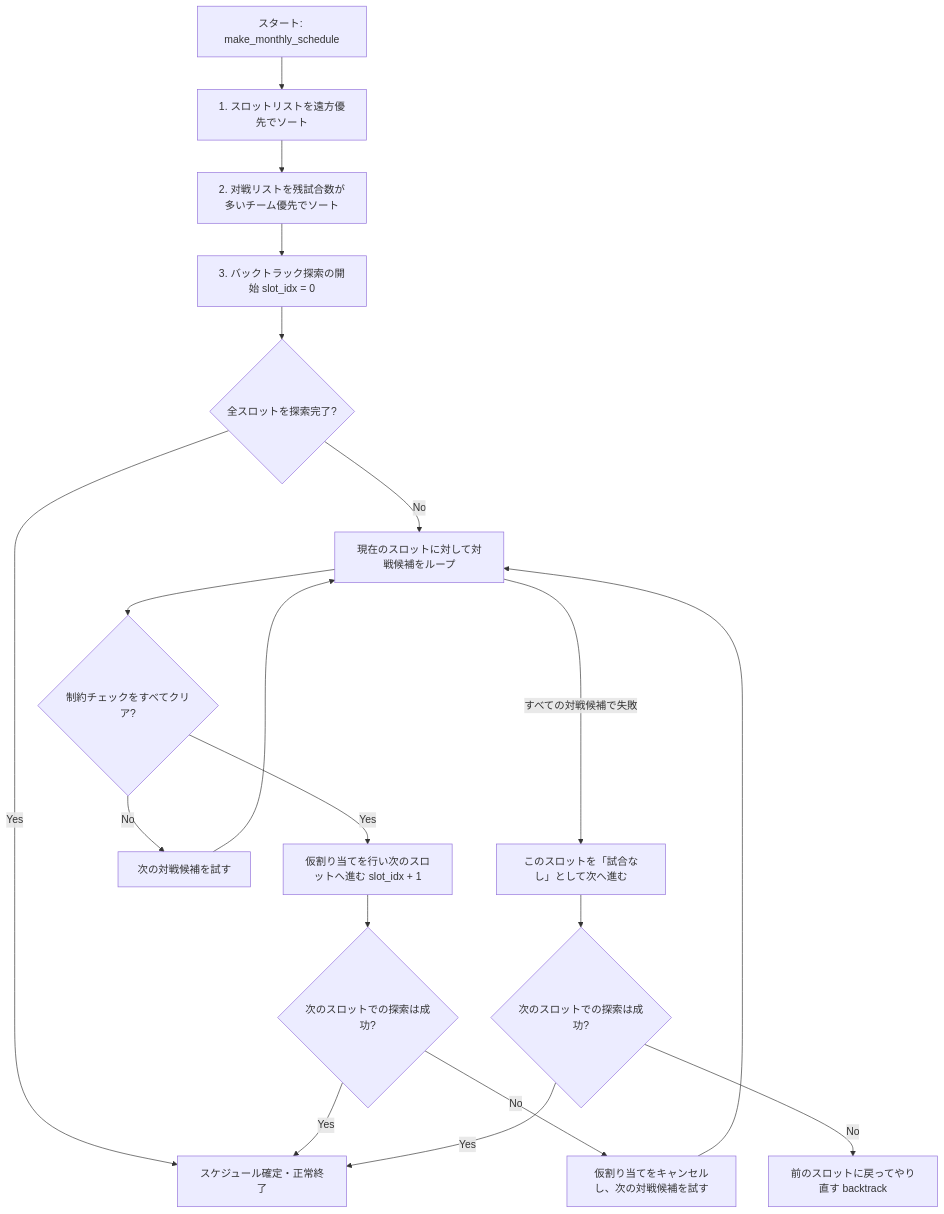
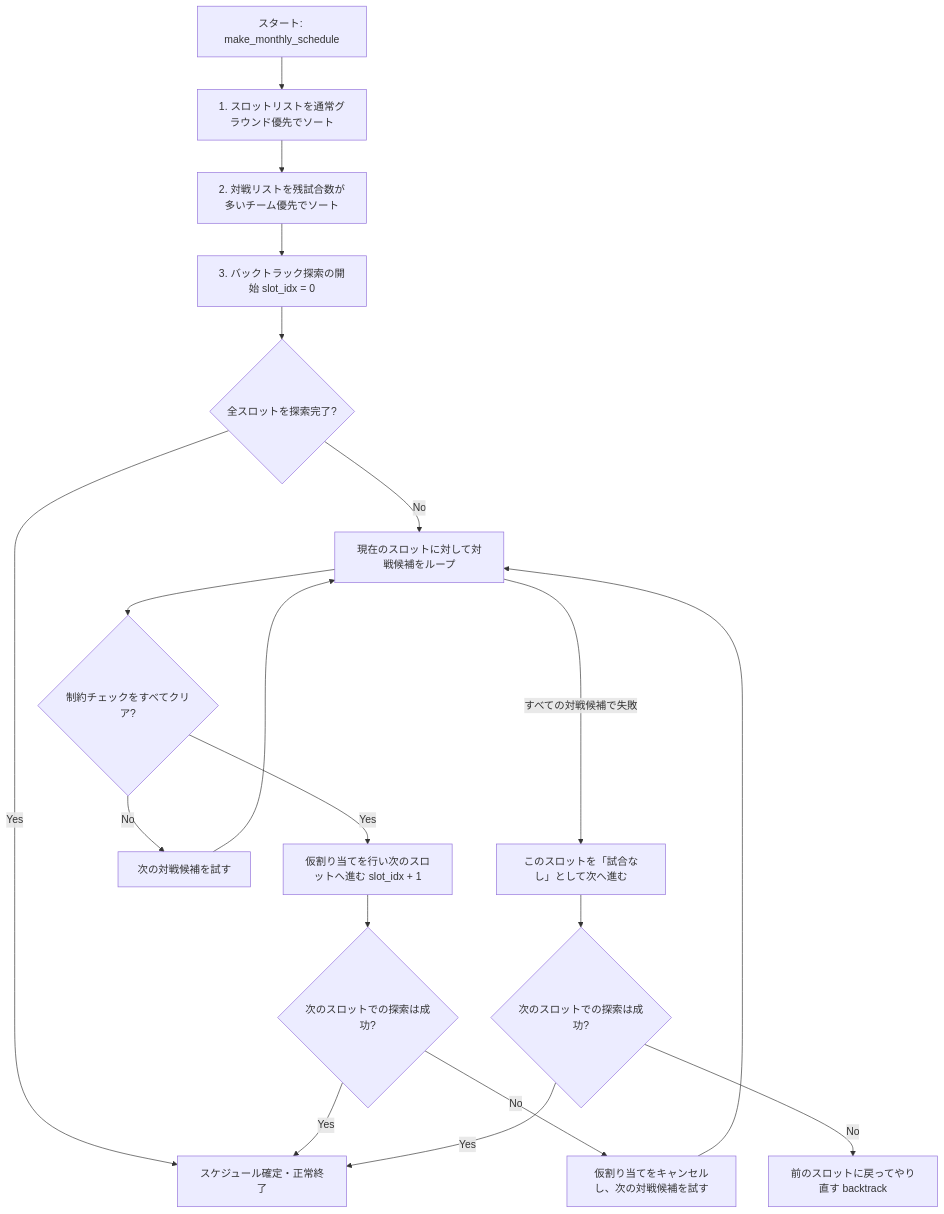
One commit to earthdreamsjenson-ai/TRL_app changed the diagram in schedule_logic.md. Above: the diagram before and after it, drawn with Mermaid. The commit also changed other lines of this file and 2 other files, not shown here.

Commit message:
modified:   __pycache__/app.cpython-314.pyc 	modified:   app.py 	modified:   schedule_logic.md

````diff
--- a/schedule_logic.md
+++ b/schedule_logic.md
@@ -47,21 +50,21 @@
 ```mermaid
 graph TD
-    A[スタート: make_monthly_schedule] --> B[1. スロットリストを遠方優先でソート]
-    B --> C[2. 对戦リストを残試合数が多いチーム優先でソート]
+    A[スタート: make_monthly_schedule] --> B[1. スロットリストを通常グラウンド優先でソート]
+    B --> C[2. 対戦リストを残試合数が多いチーム優先でソート]
     C --> D[3. バックトラック探索の開始 slot_idx = 0]
     D --> E{全スロットを探索完了?}
     E -- Yes --> F[スケジュール確定・正常終了]
     E -- No --> G[現在のスロットに対して対戦候補をループ]
     G --> H{制約チェックをすべてクリア?}
     H -- Yes --> I[仮割り当てを行い次のスロットへ進む slot_idx + 1]
     I --> J{次のスロットでの探索は成功?}
     J -- Yes --> F
     J -- No --> K[仮割り当てをキャンセルし、次の対戦候補を試す]
     K --> G
     H -- No --> L[次の対戦候補を試す]
     L --> G
     G -- すべての対戦候補で失敗 --> M[このスロットを「試合なし」として次へ進む]
     M --> N{次のスロットでの探索は成功?}
     N -- Yes --> F
     N -- No --> O[前のスロットに戻ってやり直す backtrack]
 ```
````
